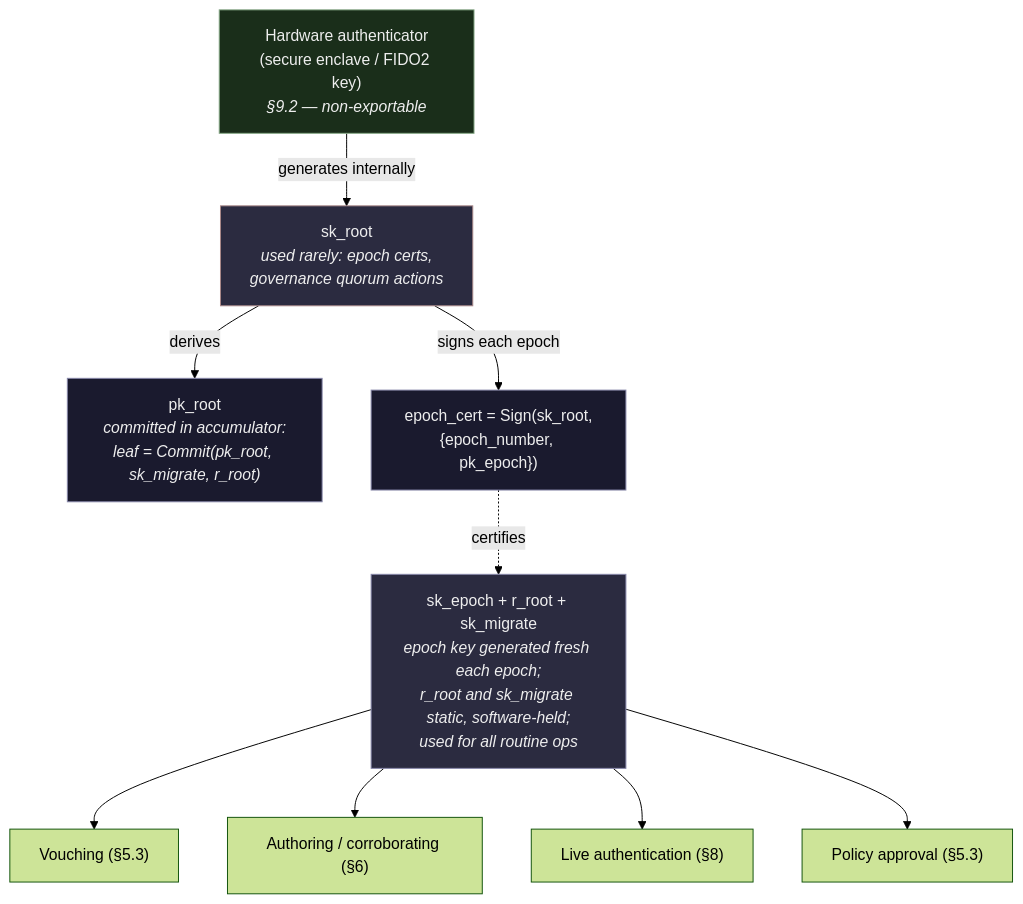
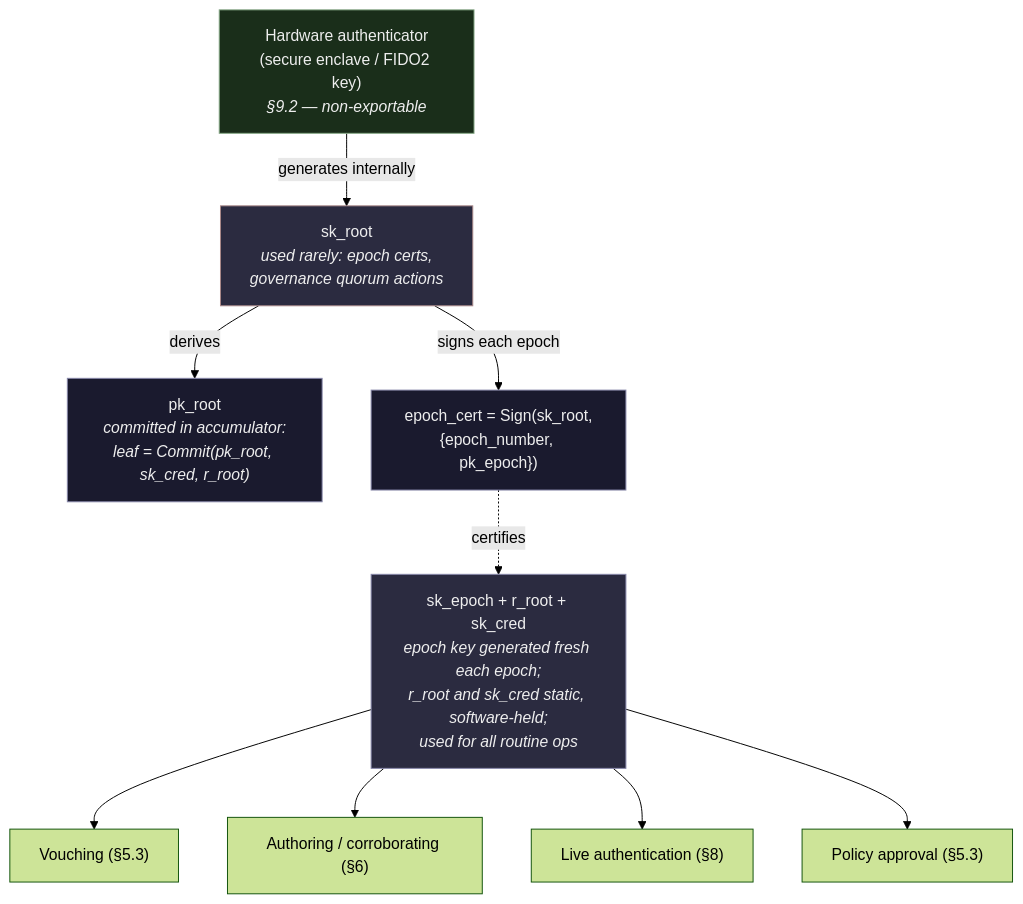
Before and after one commit to xyberal/nymora: the fifth of 6 diagrams in spec/nymora-protocol.md, drawn with Mermaid (forest theme). The commit also changed other lines of this file and 7 other files, not shown here.

First line of the commit message:
Derive counted nullifiers from the credential, not the epoch key

````diff
--- a/spec/nymora-protocol.md
+++ b/spec/nymora-protocol.md
@@ -606,20 +612,20 @@
 ```mermaid
 graph TD
     HW["Hardware authenticator<br/>(secure enclave / FIDO2 key)<br/><i>§9.2 — non-exportable</i>"]
     HW -->|generates internally| SKR["sk_root<br/><i>used rarely: epoch certs,<br/>governance quorum actions</i>"]
-    SKR -->|derives| PKR["pk_root<br/><i>committed in accumulator:<br/>leaf = Commit(pk_root, sk_migrate, r_root)</i>"]
+    SKR -->|derives| PKR["pk_root<br/><i>committed in accumulator:<br/>leaf = Commit(pk_root, sk_cred, r_root)</i>"]
     SKR -->|"signs each epoch"| CERT["epoch_cert = Sign(sk_root,<br/>{epoch_number, pk_epoch})"]
 
-    CERT -.->|"certifies"| SKE["sk_epoch + r_root + sk_migrate<br/><i>epoch key generated fresh each epoch;<br/>r_root and sk_migrate static, software-held;<br/>used for all routine ops</i>"]
+    CERT -.->|"certifies"| SKE["sk_epoch + r_root + sk_cred<br/><i>epoch key generated fresh each epoch;<br/>r_root and sk_cred static, software-held;<br/>used for all routine ops</i>"]
 
     SKE --> V["Vouching (§5.3)"]
     SKE --> AU["Authoring / corroborating (§6)"]
     SKE --> LA["Live authentication (§8)"]
     SKE --> GOV["Policy approval (§5.3)"]
 
     style HW fill:#1a2e1a,stroke:#88aa88,color:#eee
     style SKR fill:#2b2b40,stroke:#aa8888,color:#eee
     style SKE fill:#2b2b40,stroke:#8888aa,color:#eee
     style PKR fill:#1a1a2e,stroke:#8888aa,color:#eee
     style CERT fill:#1a1a2e,stroke:#8888aa,color:#eee
 ```
````
